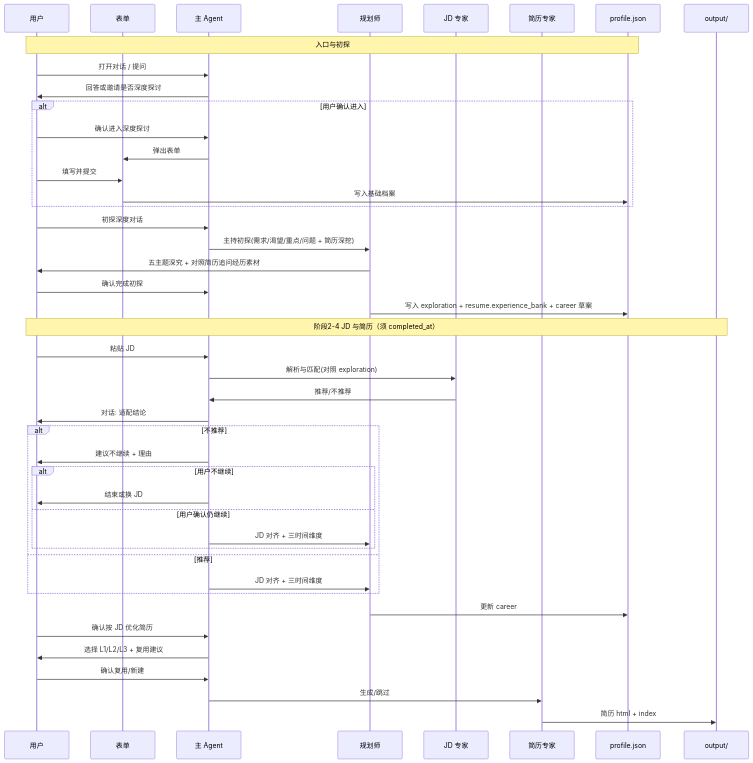
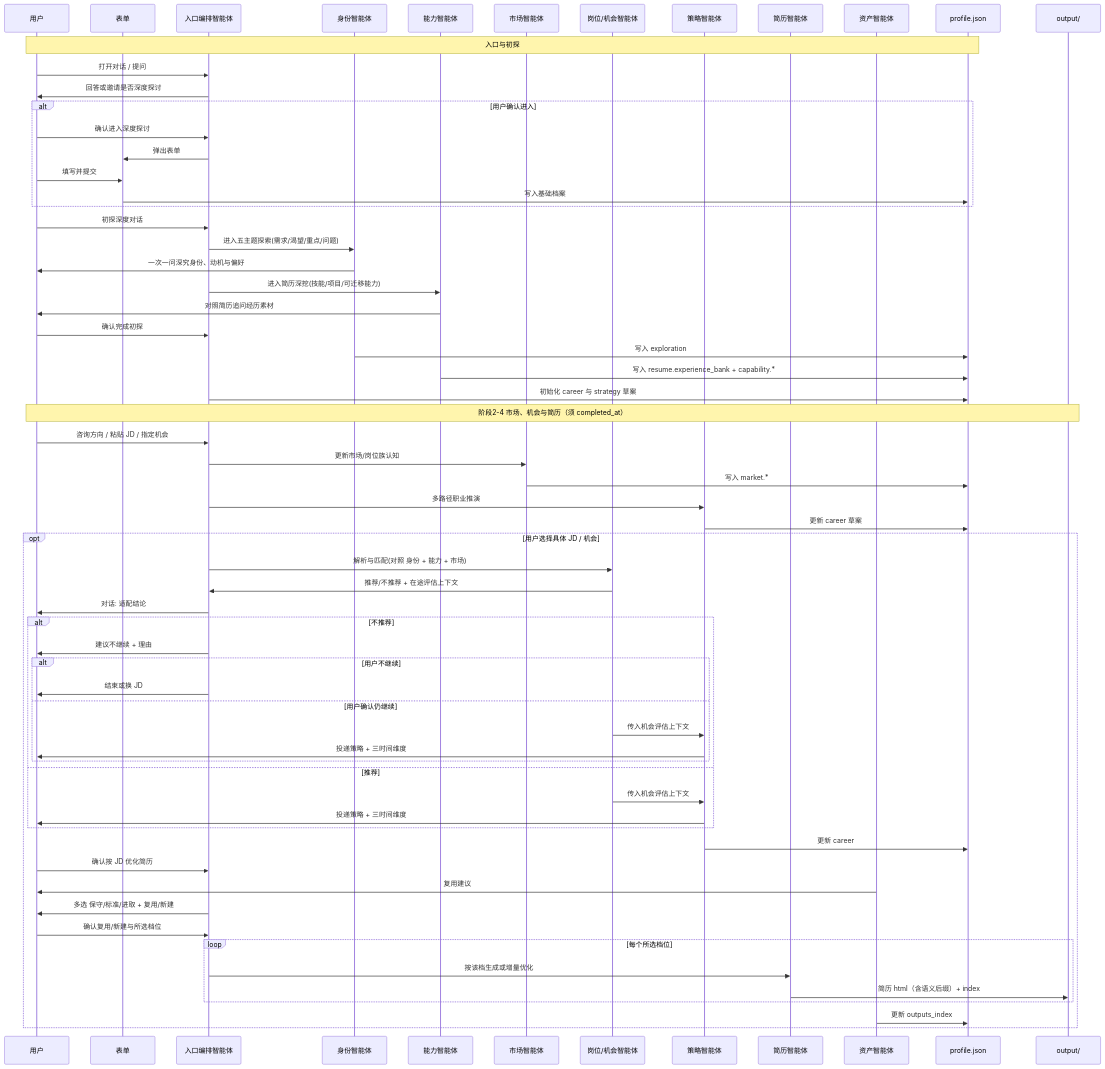
Before and after one commit to CatNum/AI-Optimized-Resume-V2: the third of 6 diagrams in docs/prd/career-planning-agent-prd.md, drawn with Mermaid. The commit also changed other lines of this file and 7 other files, not shown here.

````diff
--- a/docs/prd/career-planning-agent-prd.md
+++ b/docs/prd/career-planning-agent-prd.md
@@ -285,48 +435,68 @@
 ```mermaid
 sequenceDiagram
   participant U as 用户
   participant F as 表单
-  participant M as 主 Agent
-  participant P as 规划师
-  participant J as JD 专家
-  participant R as 简历专家
+  participant M as 入口编排智能体
+  participant I as 身份智能体
+  participant C as 能力智能体
+  participant K as 市场智能体
+  participant J as 岗位/机会智能体
+  participant S as 策略智能体
+  participant R as 简历智能体
+  participant A as 资产智能体
   participant JSON as profile.json
   participant HTML as output/
 
   Note over U,JSON: 入口与初探
   U->>M: 打开对话 / 提问
   M->>U: 回答或邀请是否深度探讨
   alt 用户确认进入
     U->>M: 确认进入深度探讨
     M->>F: 弹出表单
     U->>F: 填写并提交
     F->>JSON: 写入基础档案
   end
   U->>M: 初探深度对话
-  M->>P: 主持初探(需求/渴望/重点/问题 + 简历深挖)
-  P->>U: 五主题深究 + 对照简历追问经历素材
+  M->>I: 进入五主题探索(需求/渴望/重点/问题)
+  I->>U: 一次一问深究身份、动机与偏好
+  M->>C: 进入简历深挖(技能/项目/可迁移能力)
+  C->>U: 对照简历追问经历素材
   U->>M: 确认完成初探
-  P->>JSON: 写入 exploration + resume.experience_bank + career 草案
+  I->>JSON: 写入 exploration
+  C->>JSON: 写入 resume.experience_bank + capability.*
+  M->>JSON: 初始化 career 与 strategy 草案
 
-  Note over U,HTML: 阶段2-4 JD 与简历（须 completed_at）
-  U->>M: 粘贴 JD
-  M->>J: 解析与匹配(对照 exploration)
-  J->>M: 推荐/不推荐
+  Note over U,HTML: 阶段2-4 市场、机会与简历（须 completed_at）
+  U->>M: 咨询方向 / 粘贴 JD / 指定机会
+  M->>K: 更新市场/岗位族认知
+  K->>JSON: 写入 market.*
+  M->>S: 多路径职业推演
+  S->>JSON: 更新 career 草案
+  opt 用户选择具体 JD / 机会
+  M->>J: 解析与匹配(对照 身份 + 能力 + 市场)
+  J->>M: 推荐/不推荐 + 在途评估上下文
   M->>U: 对话: 适配结论
   alt 不推荐
     M->>U: 建议不继续 + 理由
     alt 用户不继续
       M->>U: 结束或换 JD
     else 用户确认仍继续
-      M->>P: JD 对齐 + 三时间维度
+      J->>S: 传入机会评估上下文
+      S->>U: 投递策略 + 三时间维度
     end
   else 推荐
-    M->>P: JD 对齐 + 三时间维度
+    J->>S: 传入机会评估上下文
+    S->>U: 投递策略 + 三时间维度
   end
-  P->>JSON: 更新 career
+  S->>JSON: 更新 career
   U->>M: 确认按 JD 优化简历
-  M->>U: 选择 L1/L2/L3 + 复用建议
-  U->>M: 确认复用/新建
-  M->>R: 生成/跳过
-  R->>HTML: 简历 html + index
+  A->>U: 复用建议
+  M->>U: 多选 保守/标准/进取 + 复用/新建
+  U->>M: 确认复用/新建与所选档位
+  loop 每个所选档位
+    M->>R: 按该档生成或增量优化
+    R->>HTML: 简历 html（含语义后缀）+ index
+  end
+  A->>JSON: 更新 outputs_index
+  end
 ```
````
